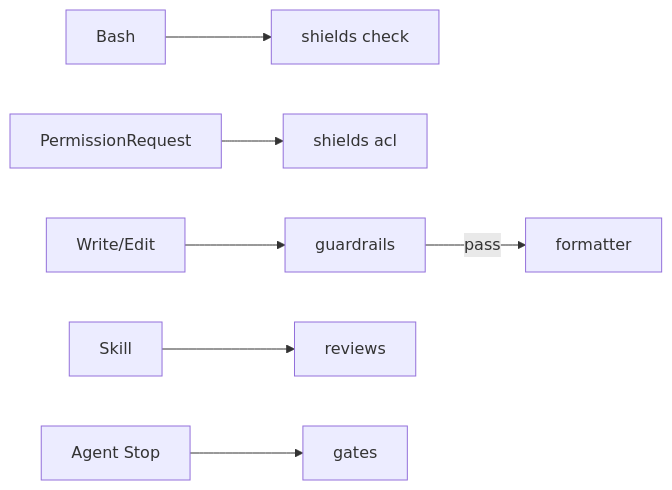
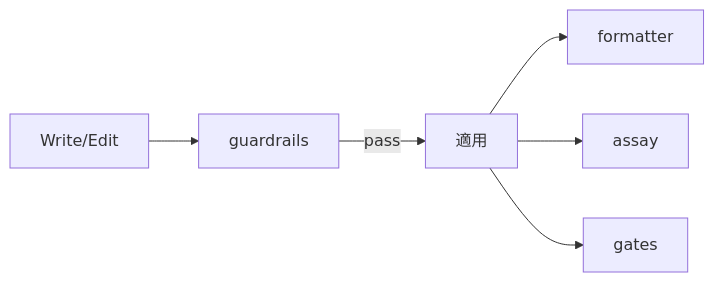
Before and after one commit to thkt/dotclaude: the diagram in .ja/docs/HOOKS.md, drawn with Mermaid. The commit also changed other lines of this file and 207 other files, not shown here.

````diff
--- a/.ja/docs/HOOKS.md
+++ b/.ja/docs/HOOKS.md
@@ -93,9 +69,8 @@
 ```mermaid
 flowchart LR
-    B[Bash] --> S[shields check]
-    PERM[PermissionRequest] --> SA[shields acl]
     W[Write/Edit] --> G[guardrails]
-    G -->|pass| F[formatter]
-    SK[Skill] --> R[reviews]
-    STOP[Agent Stop] --> GA[gates]
+    G -->|pass| AP[適用]
+    AP --> F[formatter]
+    AP --> A[assay]
+    AP --> GA[gates]
 ```
````
